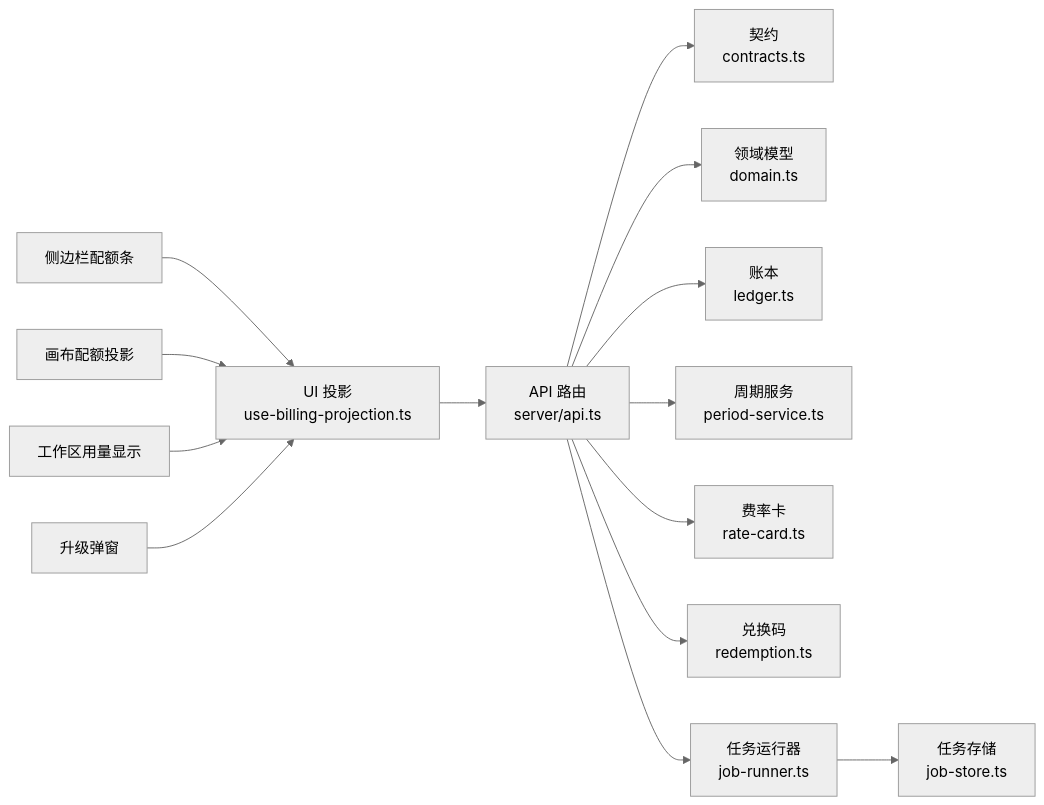
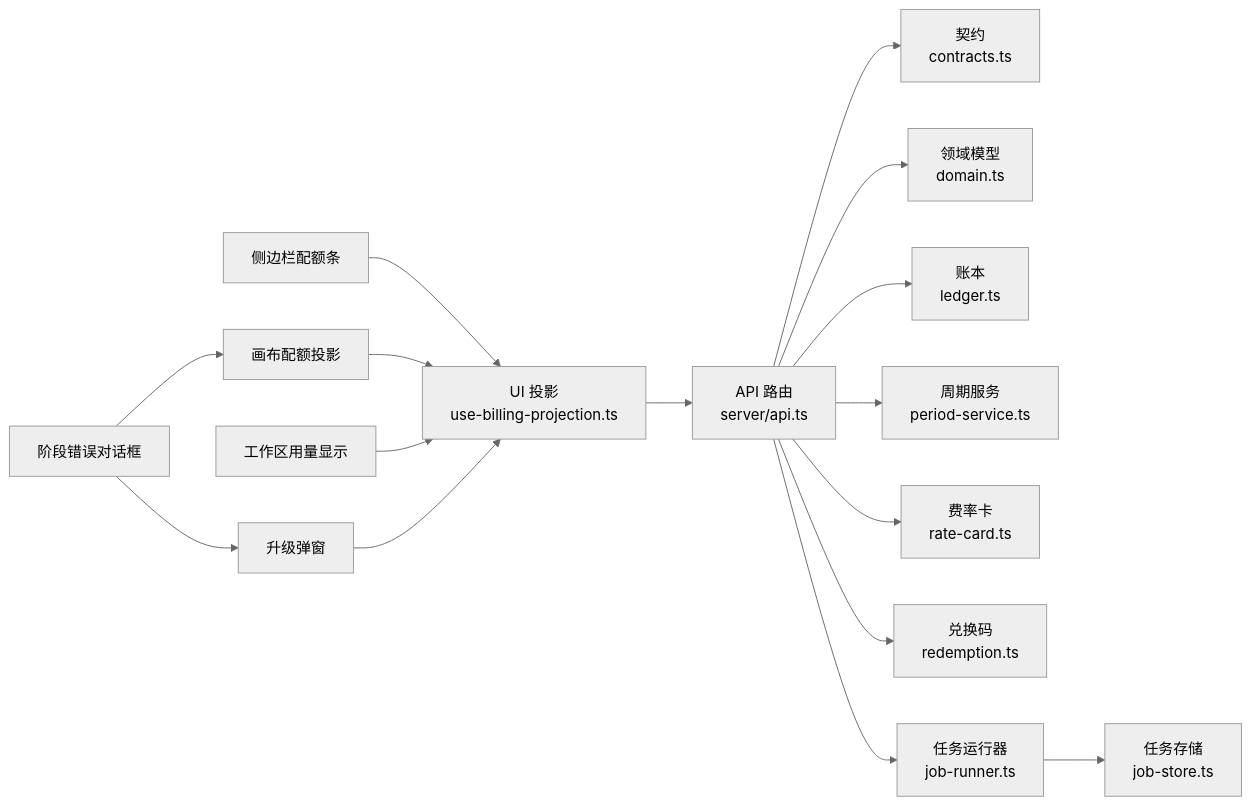
Before and after one commit to scottcwy/PurpleInk: the third of 3 diagrams in .qoder/repowiki/zh/content/项目概述/计费配置/会员配额管理系统.md, drawn with Mermaid (neutral theme). The commit also changed other lines of this file and 48 other files, not shown here.

````diff
--- a/.qoder/repowiki/zh/content/项目概述/计费配置/会员配额管理系统.md
+++ b/.qoder/repowiki/zh/content/项目概述/计费配置/会员配额管理系统.md
@@ -264,16 +270,18 @@
 ```mermaid
 graph LR
 UI["UI 投影<br/>use-billing-projection.ts"] --> API["API 路由<br/>server/api.ts"]
 API --> Contracts["契约<br/>contracts.ts"]
 API --> Domain["领域模型<br/>domain.ts"]
 API --> Ledger["账本<br/>ledger.ts"]
 API --> Period["周期服务<br/>period-service.ts"]
 API --> RateCard["费率卡<br/>rate-card.ts"]
 API --> Redemption["兑换码<br/>redemption.ts"]
 API --> JobRunner["任务运行器<br/>job-runner.ts"]
 JobRunner --> JobStore["任务存储<br/>job-store.ts"]
 Sidebar["侧边栏配额条"] --> UI
 Canvas["画布配额投影"] --> UI
 Workspace["工作区用量显示"] --> UI
 UpgradePopup["升级弹窗"] --> UI
+StageErrorDialog["阶段错误对话框"] --> Canvas
+StageErrorDialog --> UpgradePopup
 ```
````
